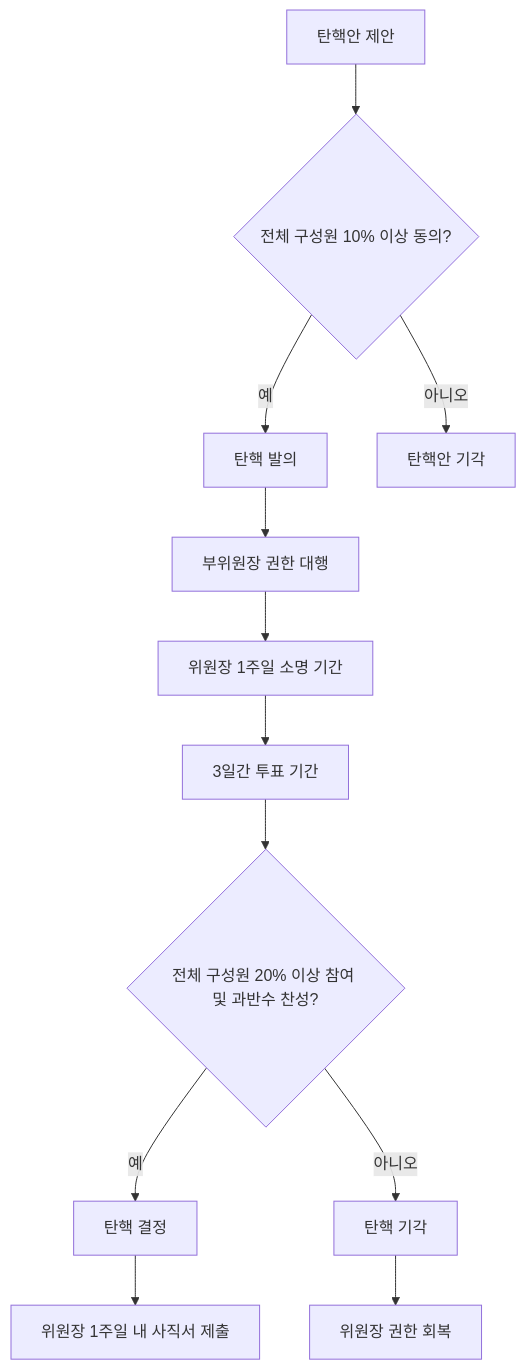
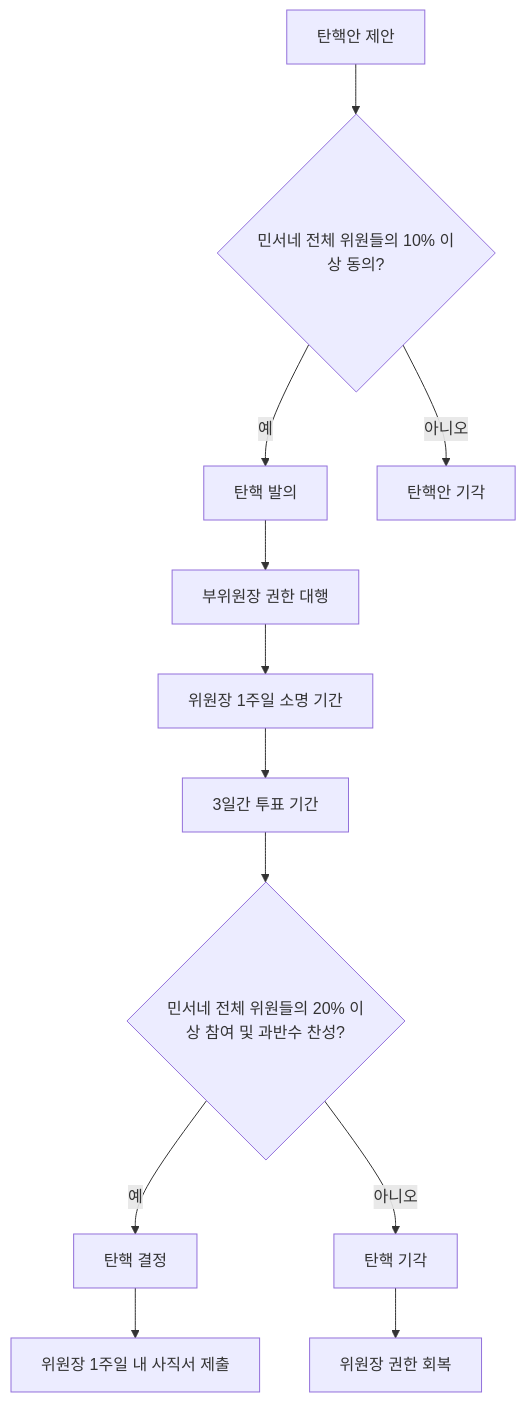
One commit to aeuveritas/minseone_rule changed the fourth of 6 diagrams in rule_v1.md. Above: the diagram before and after it, drawn with Mermaid. The commit also changed other lines of this file and 1 other file, not shown here.

````diff
--- a/rule_v1.md
+++ b/rule_v1.md
@@ -402,14 +404,14 @@
 ```mermaid
 graph TD
-A[탄핵안 제안] --> B{전체 구성원 10% 이상 동의?}
+A[탄핵안 제안] --> B{민서네 전체 위원들의 10% 이상 동의?}
 B -->|예| C[탄핵 발의]
 B -->|아니오| D[탄핵안 기각]
 C --> E[부위원장 권한 대행]
 E --> F[위원장 1주일 소명 기간]
 F --> G[3일간 투표 기간]
-G --> H{전체 구성원 20% 이상 참여 및 과반수 찬성?}
+G --> H{민서네 전체 위원들의 20% 이상 참여 및 과반수 찬성?}
 H -->|예| I[탄핵 결정]
 H -->|아니오| J[탄핵 기각]
 I --> K[위원장 1주일 내 사직서 제출]
 J --> L[위원장 권한 회복]
 ```
````
